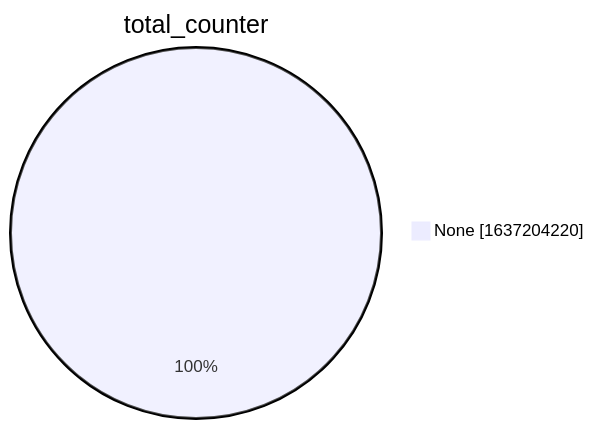
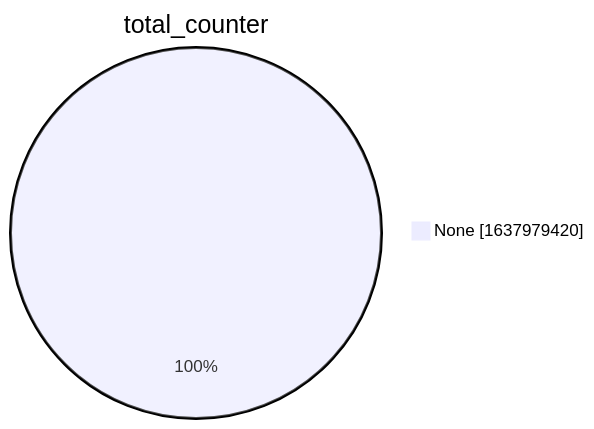
One commit to christiankrug/ctmonitor_visualization changed the second of 15 diagrams in xenon2022/README.md. Above: the diagram before and after it, drawn with Mermaid. The commit also changed other lines of this file, not shown here.

````diff
--- a/xenon2022/README.md
+++ b/xenon2022/README.md
@@ -9,5 +9,5 @@
 ```mermaid
 pie showData
 title total_counter
-"None" :1637204220
+"None" :1637979420
 ```
````
